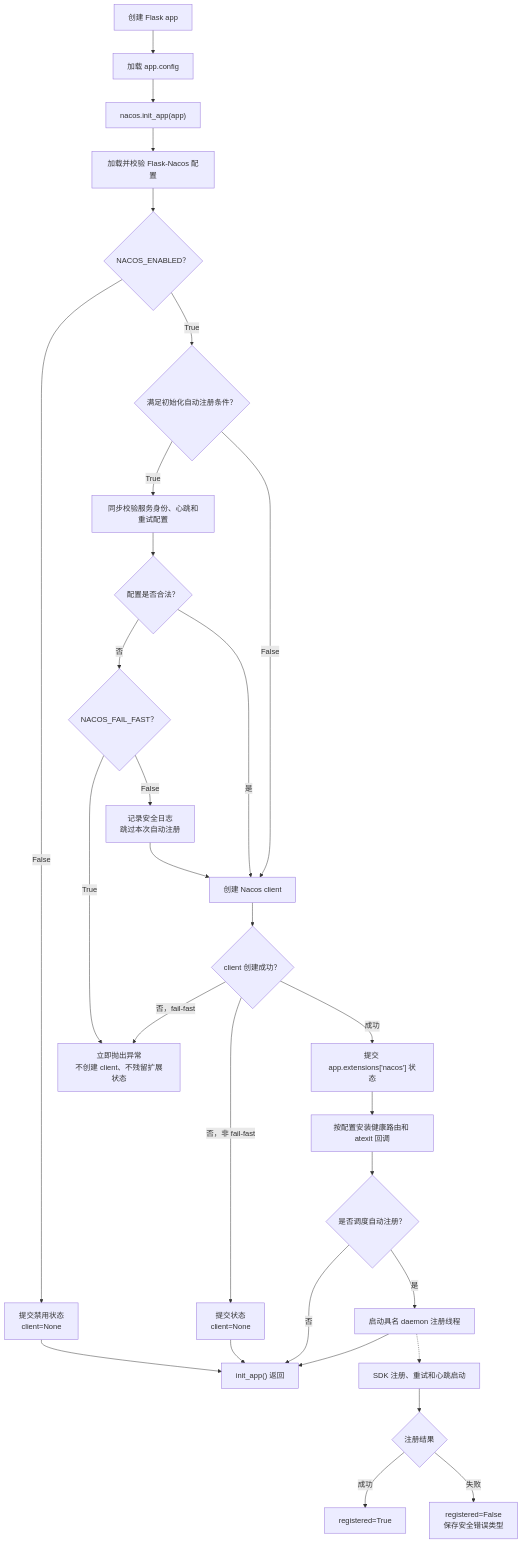
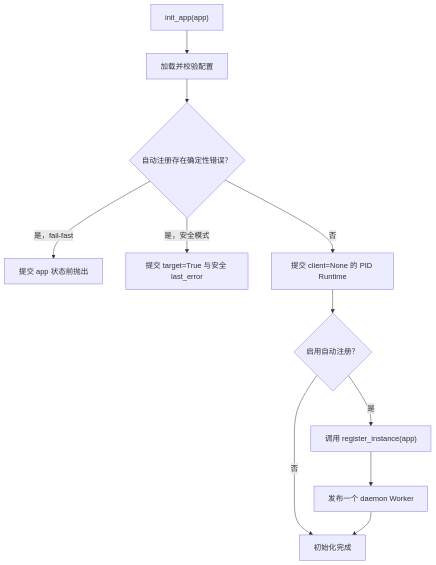
One commit to pumpkin-nbc/Flask-Nacos changed the first of 2 diagrams in docs/service-registration.zh-CN.md. Above: the diagram before and after it, drawn with Mermaid. The commit also changed other lines of this file and 73 other files, not shown here.

````diff
--- a/docs/service-registration.zh-CN.md
+++ b/docs/service-registration.zh-CN.md
@@ -46,37 +52,13 @@
 ```mermaid
 flowchart TD
-    A["创建 Flask app"] --> B["加载 app.config"]
-    B --> C["nacos.init_app(app)"]
-    C --> D["加载并校验 Flask-Nacos 配置"]
-    D --> E{"NACOS_ENABLED？"}
-
-    E -- "False" --> F["提交禁用状态<br/>client=None"]
-    F --> Z["init_app() 返回"]
-
-    E -- "True" --> G{"满足初始化自动注册条件？"}
-    G -- "True" --> H["同步校验服务身份、心跳和重试配置"]
-    H --> I{"配置是否合法？"}
-
-    I -- "否" --> J{"NACOS_FAIL_FAST？"}
-    J -- "True" --> K["立即抛出异常<br/>不创建 client、不残留扩展状态"]
-    J -- "False" --> L["记录安全日志<br/>跳过本次自动注册"]
-    L --> M["创建 Nacos client"]
-
-    I -- "是" --> M
-    G -- "False" --> M
-    M --> N{"client 创建成功？"}
-    N -- "否，fail-fast" --> K
-    N -- "否，非 fail-fast" --> O["提交状态<br/>client=None"]
-    N -- "成功" --> P["提交 app.extensions['nacos'] 状态"]
-
-    O --> Z
-    P --> Q["按配置安装健康路由和 atexit 回调"]
-    Q --> R{"是否调度自动注册？"}
-    R -- "否" --> Z
-    R -- "是" --> S["启动具名 daemon 注册线程"]
-    S --> Z
-    S -.-> T["SDK 注册、重试和心跳启动"]
-    T --> U{"注册结果"}
-    U -- "成功" --> V["registered=True"]
-    U -- "失败" --> W["registered=False<br/>保存安全错误类型"]
+    A["init_app(app)"] --> B["加载并校验配置"]
+    B --> C{"自动注册存在确定性错误？"}
+    C -- "是，fail-fast" --> D["提交 app 状态前抛出"]
+    C -- "是，安全模式" --> E["提交 target=True 与安全 last_error"]
+    C -- "否" --> F["提交 client=None 的 PID Runtime"]
+    F --> G{"启用自动注册？"}
+    G -- "否" --> H["初始化完成"]
+    G -- "是" --> I["调用 register_instance(app)"]
+    I --> J["发布一个 daemon Worker"]
+    J --> H
 ```
````
